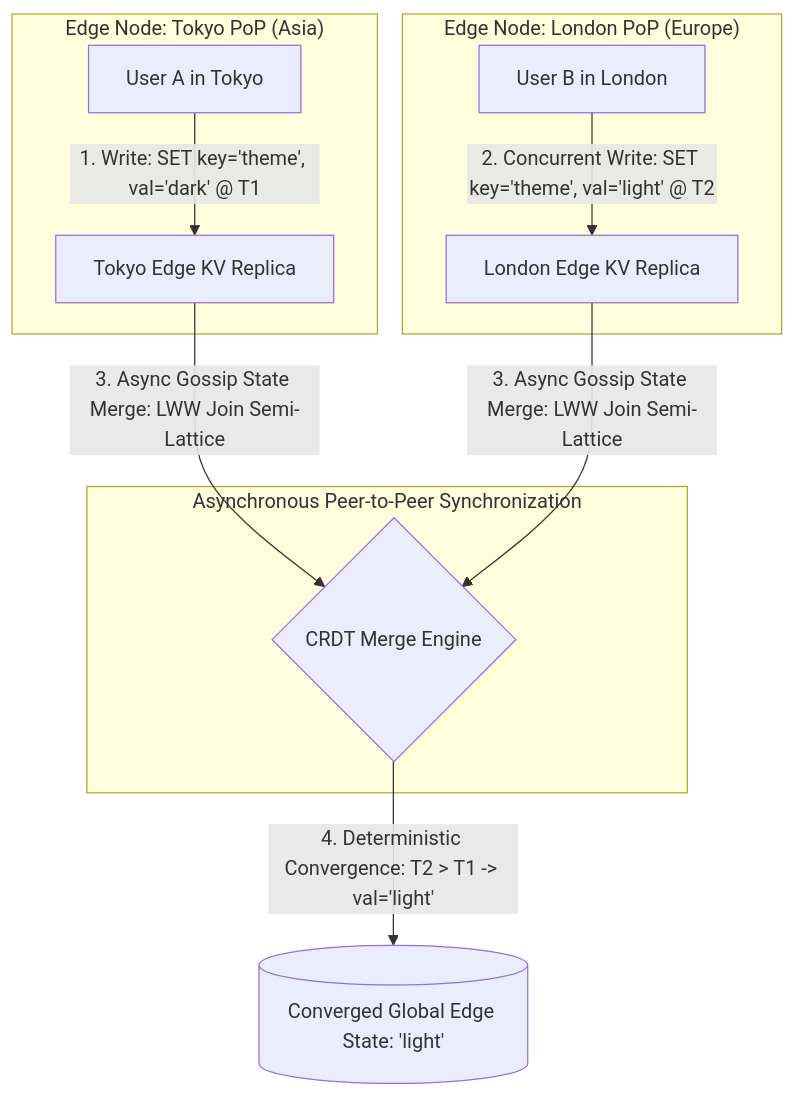
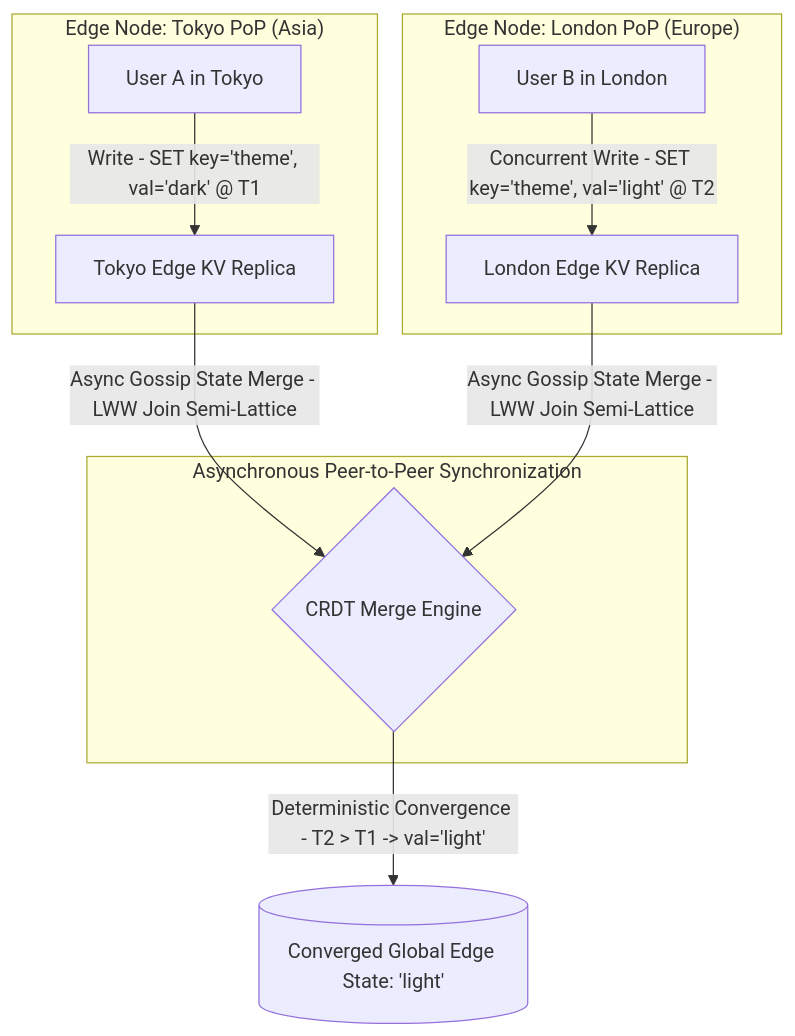
The diagram in blog/posts/edge-kv-stores-crdts-conflict-free-replicated-data-types-eventual-consistency.md (akmalkhaniub/akmalkhaniub.github.io), drawn with Mermaid before and after one commit. The commit also changed 411 other files, not shown here.

````diff
--- a/blog/posts/edge-kv-stores-crdts-conflict-free-replicated-data-types-eventual-consistency.md
+++ b/blog/posts/edge-kv-stores-crdts-conflict-free-replicated-data-types-eventual-consistency.md
@@ -19,17 +19,17 @@
 ```mermaid
-graph TD
+flowchart TD
   subgraph SG1_EdgeNodeTokyo ["Edge Node: Tokyo PoP (Asia)"]
-    ClientA[User A in Tokyo] -->|1. Write: SET key='theme', val='dark' @ T1| TokyoKV[Tokyo Edge KV Replica]
+    ClientA[User A in Tokyo] -->|Write - SET key='theme', val='dark' @ T1| TokyoKV[Tokyo Edge KV Replica]
   end
   
   subgraph SG2_EdgeNodeLondon ["Edge Node: London PoP (Europe)"]
-    ClientB[User B in London] -->|2. Concurrent Write: SET key='theme', val='light' @ T2| LondonKV[London Edge KV Replica]
+    ClientB[User B in London] -->|Concurrent Write - SET key='theme', val='light' @ T2| LondonKV[London Edge KV Replica]
   end
   
   subgraph SG3_AsynchronousPeerTo ["Asynchronous Peer-to-Peer Synchronization"]
-    TokyoKV -->|3. Async Gossip State Merge: LWW Join Semi-Lattice| SyncEngine{CRDT Merge Engine}
-    LondonKV -->|3. Async Gossip State Merge: LWW Join Semi-Lattice| SyncEngine
+    TokyoKV -->|Async Gossip State Merge - LWW Join Semi-Lattice| SyncEngine{CRDT Merge Engine}
+    LondonKV -->|Async Gossip State Merge - LWW Join Semi-Lattice| SyncEngine
   end
   
-  SyncEngine -->|4. Deterministic Convergence: T2 > T1 -> val='light'| ConvergedState[(Converged Global Edge State: 'light')]
+  SyncEngine -->|Deterministic Convergence - T2 > T1 -> val='light'| ConvergedState[(Converged Global Edge State: 'light')]
 ```
````
